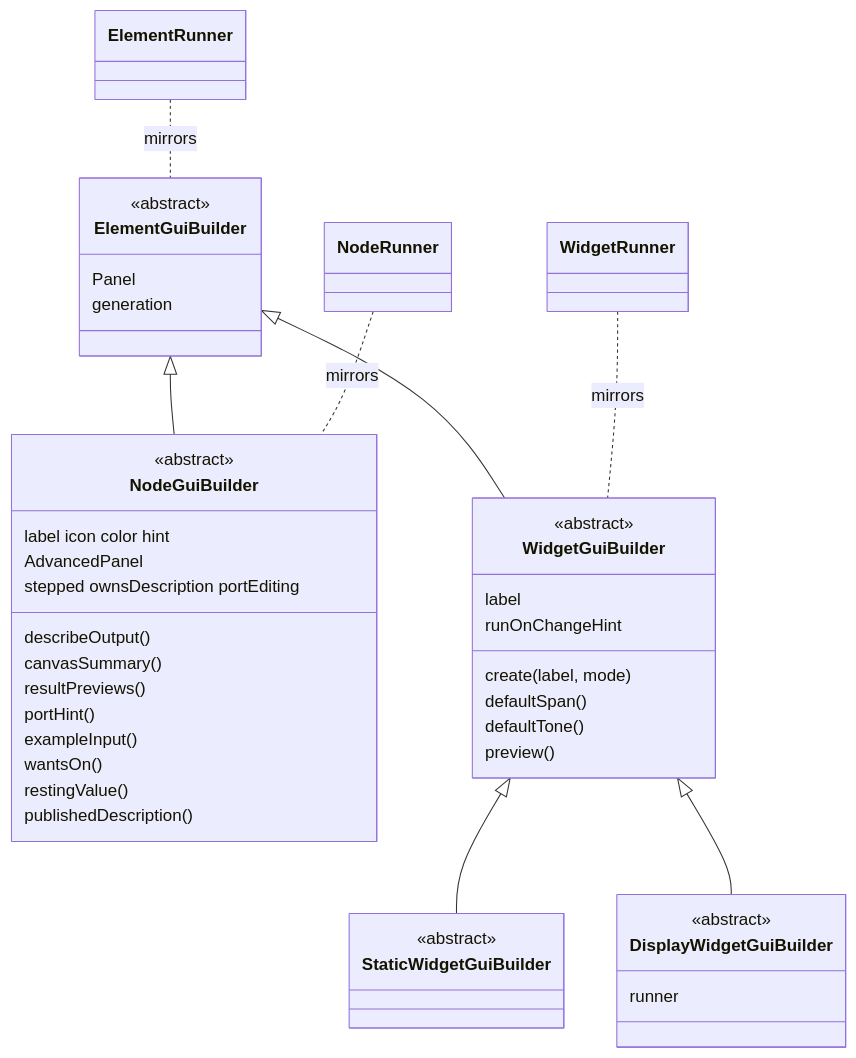
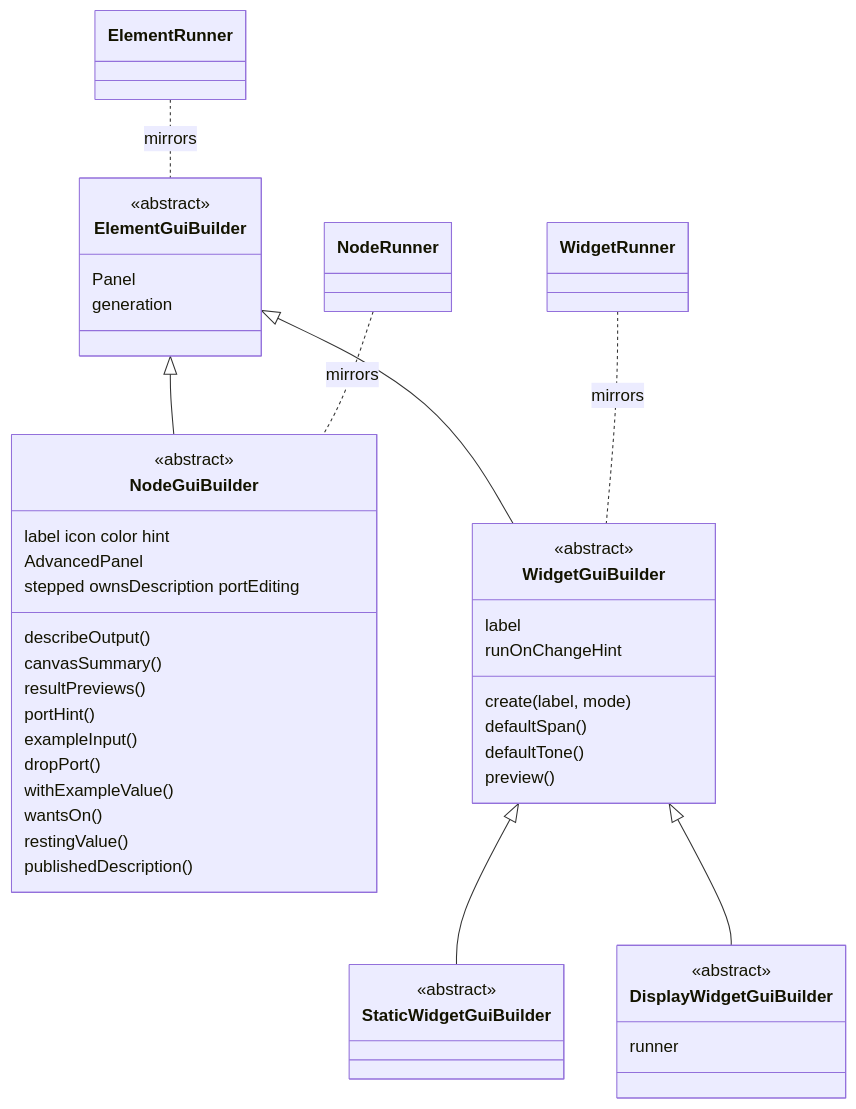
One commit to Archimedes79/AI_Graph changed the fifth of 8 diagrams in arch/overview.md. Above: the diagram before and after it, drawn with Mermaid. The commit also changed other lines of this file and 3 other files, not shown here.

````diff
--- a/arch/overview.md
+++ b/arch/overview.md
@@ -262,45 +262,47 @@
 ```mermaid
 classDiagram
   class ElementGuiBuilder {
     <<abstract>>
     Panel
     generation
   }
   class NodeGuiBuilder {
     <<abstract>>
     label icon color hint
     AdvancedPanel
     describeOutput()
     canvasSummary()
     resultPreviews()
     stepped ownsDescription portEditing
     portHint()
     exampleInput()
+    dropPort()
+    withExampleValue()
     wantsOn()
     restingValue()
     publishedDescription()
   }
   class WidgetGuiBuilder {
     <<abstract>>
     label
     create(label, mode)
     defaultSpan()
     defaultTone()
     runOnChangeHint
     preview()
   }
   class StaticWidgetGuiBuilder {
     <<abstract>>
   }
   class DisplayWidgetGuiBuilder {
     <<abstract>>
     runner
   }
   ElementGuiBuilder <|-- NodeGuiBuilder
   ElementGuiBuilder <|-- WidgetGuiBuilder
   WidgetGuiBuilder <|-- StaticWidgetGuiBuilder
   WidgetGuiBuilder <|-- DisplayWidgetGuiBuilder
   ElementRunner .. ElementGuiBuilder : mirrors
   NodeRunner .. NodeGuiBuilder : mirrors
   WidgetRunner .. WidgetGuiBuilder : mirrors
 ```
````
